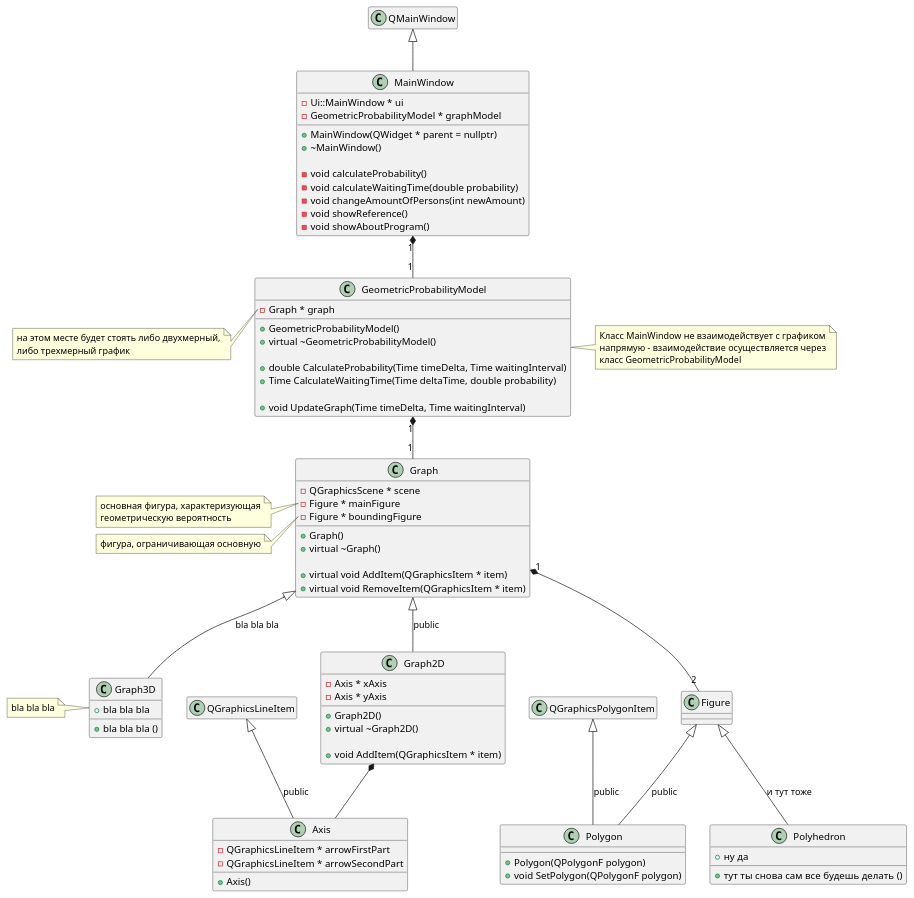
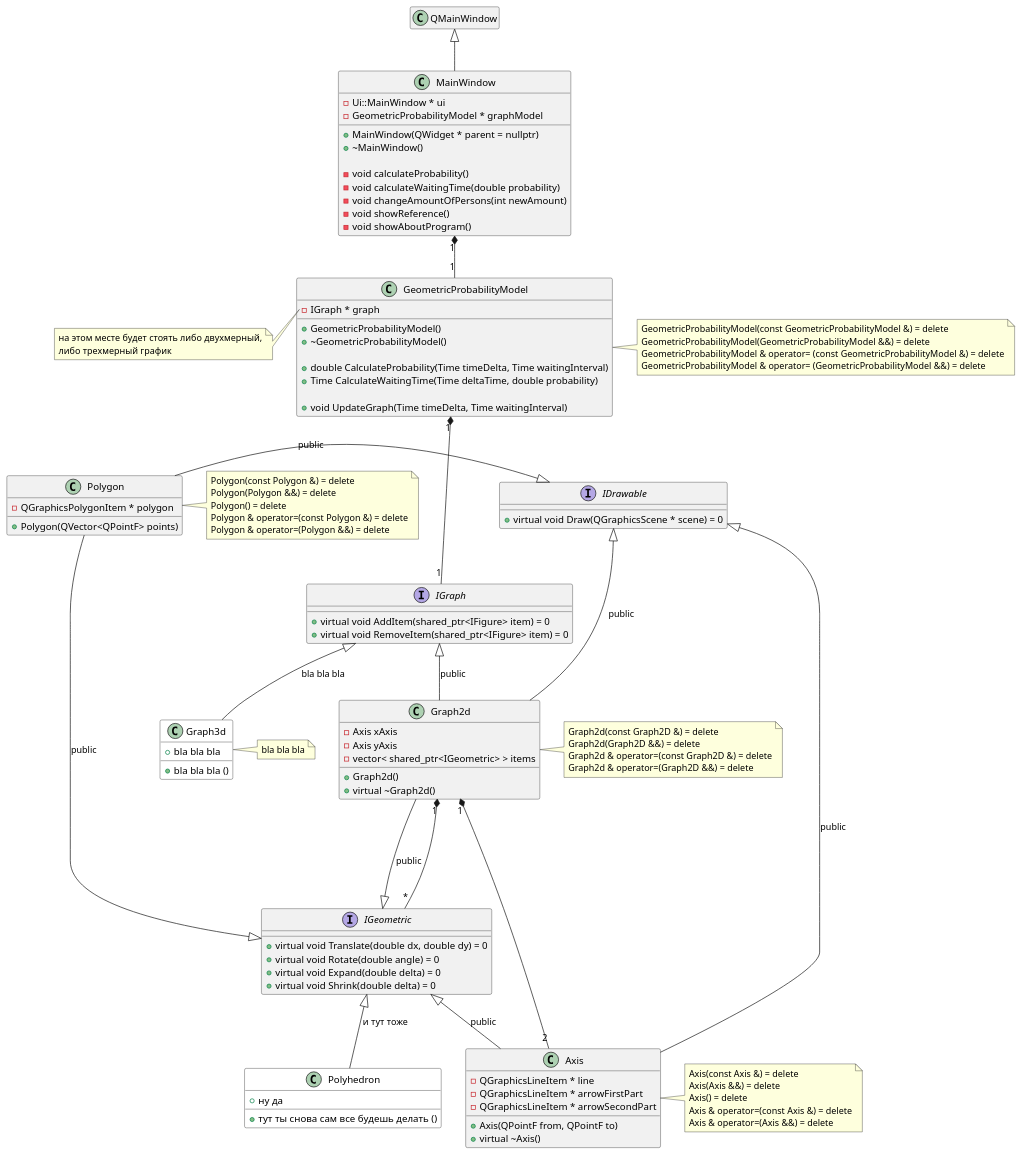
The diagram in doc/graph2d class.puml (HandsAndKeyboards/AppointmentProblem), drawn with PlantUML before and after one commit.

Commit message:
описаны классы, необходимые для реализации 2д графика

```diff
--- a/doc/graph2d class.puml
+++ b/doc/graph2d class.puml
@@ -1,126 +1,155 @@
 @startuml
 'https://plantuml.com/class-diagram
 
 class MainWindow {
     - Ui::MainWindow * ui
     - GeometricProbabilityModel * graphModel
 
     + MainWindow(QWidget * parent = nullptr)
     + ~MainWindow()
 
     - void calculateProbability()
     - void calculateWaitingTime(double probability)
     - void changeAmountOfPersons(int newAmount)
     - void showReference()
     - void showAboutProgram()
 }
 QMainWindow <|-- MainWindow
 hide QMainWindow members
 
+
+
 class GeometricProbabilityModel {
-    - Graph * graph
+    - IGraph * graph
 
     + GeometricProbabilityModel()
-    + virtual ~GeometricProbabilityModel()
+    + ~GeometricProbabilityModel()
 
     + double CalculateProbability(Time timeDelta, Time waitingInterval)
     + Time CalculateWaitingTime(Time deltaTime, double probability)
 
     + void UpdateGraph(Time timeDelta, Time waitingInterval)
 }
 MainWindow "1" *-- "1" GeometricProbabilityModel
-note right of GeometricProbabilityModel
-    Класс MainWindow не взаимодействует с графиком
-    напрямую - взаимодействие осуществляется через
-    класс GeometricProbabilityModel
-end note
 note left of GeometricProbabilityModel::"graph"
     на этом месте будет стоять либо двухмерный,
     либо трехмерный график
 end note
-
-class Graph {
-    - QGraphicsScene * scene
-    - Figure * mainFigure
-    - Figure * boundingFigure
+note right of GeometricProbabilityModel
+    GeometricProbabilityModel(const GeometricProbabilityModel &) = delete
+    GeometricProbabilityModel(GeometricProbabilityModel &&) = delete
+    GeometricProbabilityModel & operator= (const GeometricProbabilityModel &) = delete
+    GeometricProbabilityModel & operator= (GeometricProbabilityModel &&) = delete
+end note
 
 
-    + Graph()
-    + virtual ~Graph()
 
-'    + virtual double GetFigureValue()
-    + virtual void AddItem(QGraphicsItem * item)
-    + virtual void RemoveItem(QGraphicsItem * item)
+interface IGraph {
+    + virtual void AddItem(shared_ptr<IFigure> item) = 0
+    + virtual void RemoveItem(shared_ptr<IFigure> item) = 0
 }
-GeometricProbabilityModel "1" *-- "1" Graph
-note left of Graph::"mainFigure"
+GeometricProbabilityModel "1" *--- "1" IGraph
+note left of IGraph::"mainFigure"
     основная фигура, характеризующая
     геометрическую вероятность
 end note
-note left of Graph::"boundingFigure"
+note left of IGraph::"boundingFigure"
     фигура, ограничивающая основную
 end note
-'note left of Graph::"virtual double GetFigureValue()"
-'    Для двумерной фигуры значением является площадь,
-'    для трехмерной - объем
-'end note
 
-class Graph2D {
-    - Axis * xAxis
-    - Axis * yAxis
 
-    + Graph2D()
-    + virtual ~Graph2D()
 
-    + void AddItem(QGraphicsItem * item)
+class Graph2d {
+    - Axis xAxis
+    - Axis yAxis
+    - vector< shared_ptr<IGeometric> > items
+
+    + Graph2d()
+    + virtual ~Graph2d()
 }
-Graph <|-- Graph2D : public
+IGraph <|-- Graph2d : public
+IGeometric <|--- Graph2d : public
+IDrawable <|--- Graph2d : public
+note right of Graph2d
+    Graph2d(const Graph2D &) = delete
+    Graph2d(Graph2D &&) = delete
+    Graph2d & operator=(const Graph2D &) = delete
+    Graph2d & operator=(Graph2D &&) = delete
+end note
 
-/'todo'/
-class Graph3D {
+
+
+class Graph3d #white { /' #white окрашивает объект в белый цвет '/
     + bla bla bla
     + bla bla bla ()
 }
-Graph <|-- Graph3D : bla bla bla
-note left of Graph3D
+IGraph <|-- Graph3d : bla bla bla
+note right of Graph3d
     bla bla bla
 end note
 
-QGraphicsPolygonItem <|-- Polygon : public
-hide QGraphicsPolygonItem members
+
 
 class Axis {
+    - QGraphicsLineItem * line
     - QGraphicsLineItem * arrowFirstPart
     - QGraphicsLineItem * arrowSecondPart
 
-    + Axis()
+    + Axis(QPointF from, QPointF to)
+    + virtual ~Axis()
 }
-QGraphicsLineItem <|-- Axis : public
-hide QGraphicsLineItem members
-Graph2D *-- Axis
+IGeometric <|-- Axis : public
+IDrawable <|-- Axis : public
+Graph2d "1" *-- "2" Axis
+note right of Axis
+    Axis(const Axis &) = delete
+    Axis(Axis &&) = delete
+    Axis() = delete
+    Axis & operator=(const Axis &) = delete
+    Axis & operator=(Axis &&) = delete
+end note
 
-class Figure {
-'    + virtual double GetFigureValue() = 0
+
+
+interface IGeometric {
+    + virtual void Translate(double dx, double dy) = 0
+    + virtual void Rotate(double angle) = 0
+    + virtual void Expand(double delta) = 0
+    + virtual void Shrink(double delta) = 0
 }
-Graph "1" *-- "2" Figure
+Graph2d "1" *-- "*" IGeometric
+
+
 
 class Polygon {
-    + Polygon(QPolygonF polygon)
-'    + virtual double GetFigureValue()
-    + void SetPolygon(QPolygonF polygon)
+    - QGraphicsPolygonItem * polygon
 
-'    - double getSquare()
+    + Polygon(QVector<QPointF> points)
 }
-Figure <|-- Polygon : public
-
-/'todo'/
-class Polyhedron {
-    + ну да
-    + тут ты снова сам все будешь делать ()
-}
-Figure <|-- Polyhedron : и тут тоже
+IGeometric <|-- Polygon : public
+IDrawable <|-left- Polygon : public
+note right of Polygon
+    Polygon(const Polygon &) = delete
+    Polygon(Polygon &&) = delete
+    Polygon() = delete
+    Polygon & operator=(const Polygon &) = delete
+    Polygon & operator=(Polygon &&) = delete
+end note
 
 
 
 
+class Polyhedron #white { /' #white окрашивает объект в белый цвет '/
+    + ну да
+    + тут ты снова сам все будешь делать ()
+}
+IGeometric <|-- Polyhedron : и тут тоже
+
+
+
+interface IDrawable {
+    + virtual void Draw(QGraphicsScene * scene) = 0
+}
+
+
 @enduml
```
